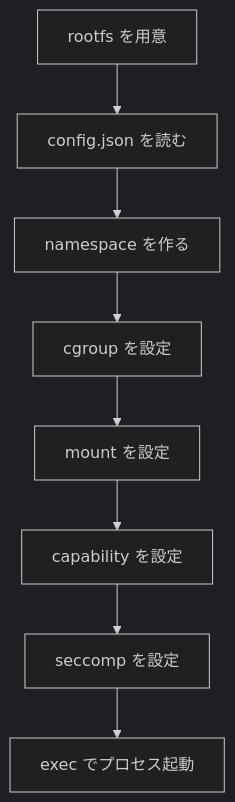
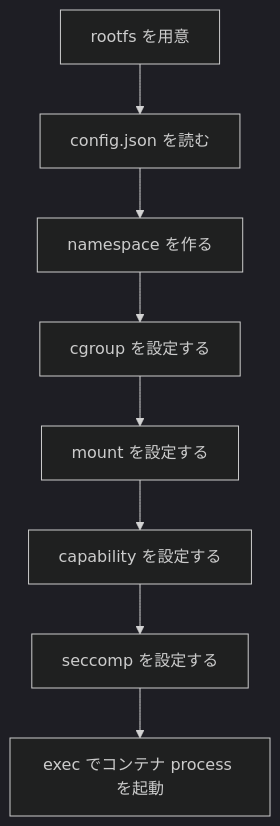
Before and after one commit to HukuKaich0u/learning-linux-and-container-for-youki: the first of 2 diagrams in docs/container-internals/09-oci-runtime.md, drawn with Mermaid (dark theme). The commit also changed other lines of this file and 13 other files, not shown here.

````diff
--- a/docs/container-internals/09-oci-runtime.md
+++ b/docs/container-internals/09-oci-runtime.md
@@ -30,10 +200,12 @@
 ```mermaid
 flowchart TD
-  A[rootfs を用意] --> B[config.json を読む]
-  B --> C[namespace を作る]
-  C --> D[cgroup を設定]
-  D --> E[mount を設定]
-  E --> F[capability を設定]
-  F --> G[seccomp を設定]
-  G --> H[exec でプロセス起動]
+  A[rootfs を用意]
+  B[config.json を読む]
+  C[namespace を作る]
+  D[cgroup を設定する]
+  E[mount を設定する]
+  F[capability を設定する]
+  G[seccomp を設定する]
+  H[exec でコンテナ process を起動]
+  A --> B --> C --> D --> E --> F --> G --> H
 ```
````
